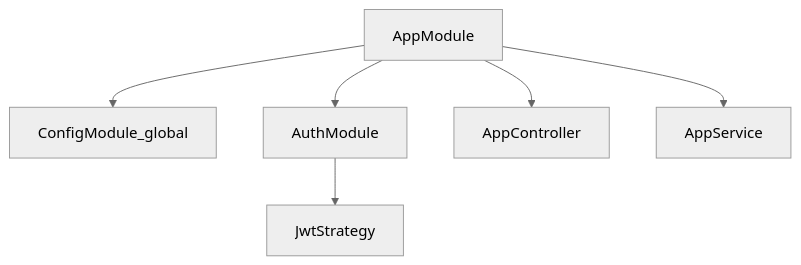
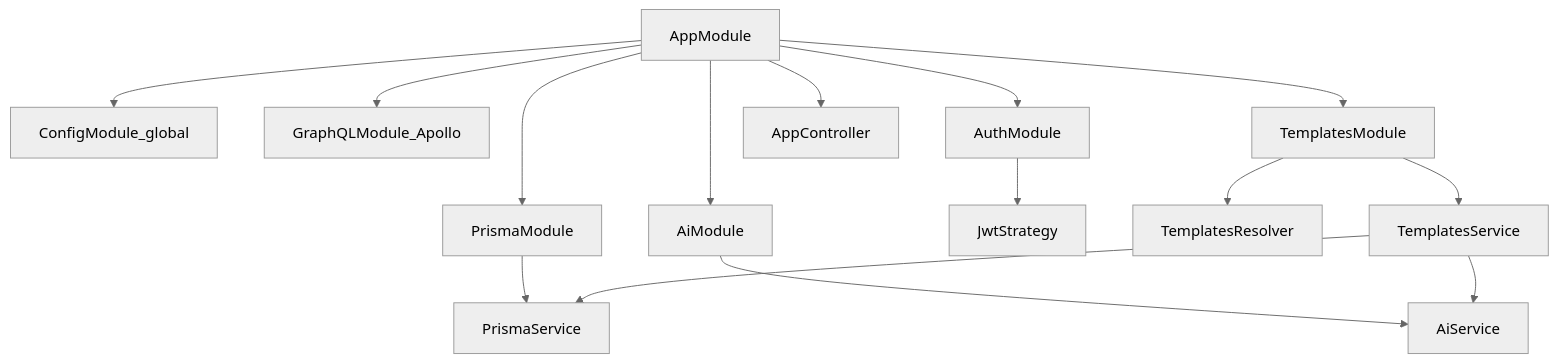
One commit to PatrykS-ORG/expenses-tracking-backend changed the second of 4 diagrams in docs/architecture.md. Above: the diagram before and after it, drawn with Mermaid (neutral theme). The commit also changed other lines of this file and 33 other files, not shown here.

````diff
--- a/docs/architecture.md
+++ b/docs/architecture.md
@@ -43,14 +50,30 @@
 ```mermaid
 flowchart TB
   AppModule[AppModule]
   ConfigModule[ConfigModule_global]
+  GraphQLModule[GraphQLModule_Apollo]
+  PrismaModule[PrismaModule]
   AuthModule[AuthModule]
+  AiModule[AiModule]
+  TemplatesModule[TemplatesModule]
   AppController[AppController]
-  AppService[AppService]
   JwtStrategy[JwtStrategy]
+  TemplatesResolver[TemplatesResolver]
+  TemplatesService[TemplatesService]
+  AiService[AiService]
+  PrismaService[PrismaService]
   AppModule --> ConfigModule
+  AppModule --> GraphQLModule
+  AppModule --> PrismaModule
   AppModule --> AuthModule
+  AppModule --> AiModule
+  AppModule --> TemplatesModule
   AppModule --> AppController
-  AppModule --> AppService
   AuthModule --> JwtStrategy
+  PrismaModule --> PrismaService
+  TemplatesModule --> TemplatesResolver
+  TemplatesModule --> TemplatesService
+  AiModule --> AiService
+  TemplatesService --> PrismaService
+  TemplatesService --> AiService
 ```
````
